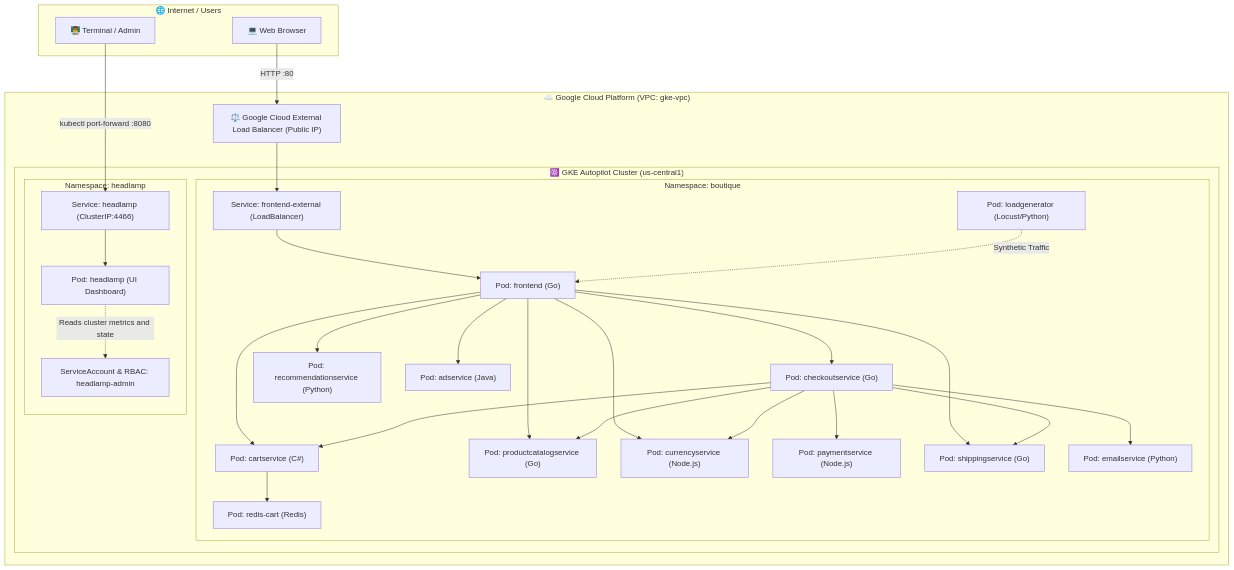
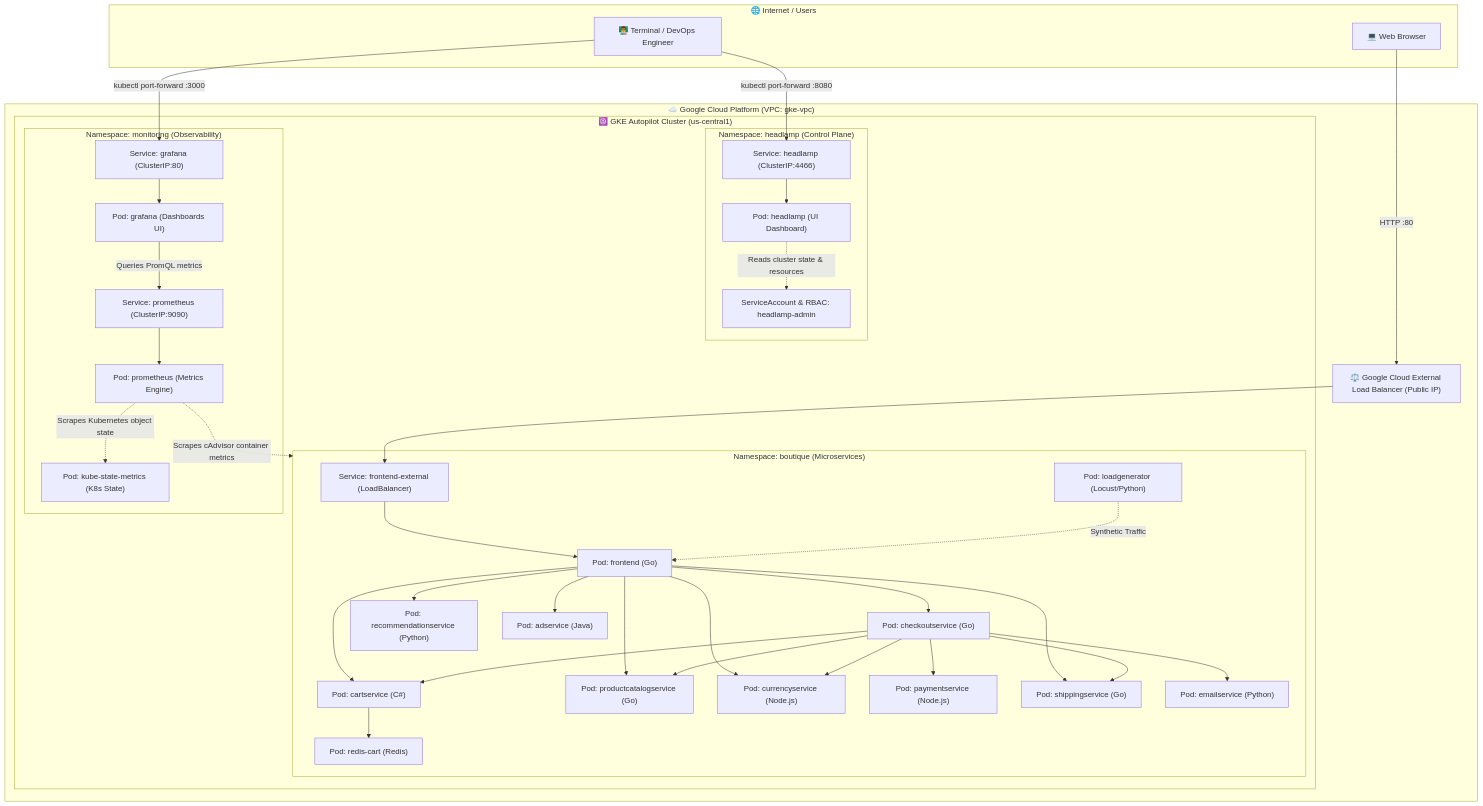
Before and after one commit to joanroamora/K8SLab1: the diagram in kubernetes/manifests/README.md, drawn with Mermaid. The commit also changed other lines of this file and 10 other files, not shown here.

Commit message:
feat(observability): add Prometheus, kube-state-metrics, Grafana with Boutique dashboards, and Terraform IaC automation

````diff
--- a/kubernetes/manifests/README.md
+++ b/kubernetes/manifests/README.md
@@ -13,50 +14,65 @@
 ```mermaid
 graph TD
     subgraph Internet ["🌐 Internet / Users"]
         User["💻 Web Browser"]
-        Instructor["👨‍🏫 Terminal / Admin"]
+        Instructor["👨‍🏫 Terminal / DevOps Engineer"]
     end
 
     subgraph GCP ["☁️ Google Cloud Platform (VPC: gke-vpc)"]
         GCP_LB["⚖️ Google Cloud External Load Balancer (Public IP)"]
         
         subgraph GKE ["☸️ GKE Autopilot Cluster (us-central1)"]
             
-            subgraph NS_Boutique ["Namespace: boutique"]
+            subgraph NS_Boutique ["Namespace: boutique (Microservices)"]
                 FE_SVC["Service: frontend-external (LoadBalancer)"]
                 FE["Pod: frontend (Go)"]
                 
                 CART["Pod: cartservice (C#)"]
                 REDIS["Pod: redis-cart (Redis)"]
                 CATALOG["Pod: productcatalogservice (Go)"]
                 CURRENCY["Pod: currencyservice (Node.js)"]
                 PAYMENT["Pod: paymentservice (Node.js)"]
                 SHIPPING["Pod: shippingservice (Go)"]
                 EMAIL["Pod: emailservice (Python)"]
                 CHECKOUT["Pod: checkoutservice (Go)"]
                 RECOM["Pod: recommendationservice (Python)"]
                 AD["Pod: adservice (Java)"]
                 LOADGEN["Pod: loadgenerator (Locust/Python)"]
             end
             
-            subgraph NS_Headlamp ["Namespace: headlamp"]
+            subgraph NS_Headlamp ["Namespace: headlamp (Control Plane)"]
                 HL_SVC["Service: headlamp (ClusterIP:4466)"]
                 HL["Pod: headlamp (UI Dashboard)"]
                 RBAC["ServiceAccount & RBAC: headlamp-admin"]
+            end
+
+            subgraph NS_Monitoring ["Namespace: monitoring (Observability)"]
+                PROM["Pod: prometheus (Metrics Engine)"]
+                PROM_SVC["Service: prometheus (ClusterIP:9090)"]
+                KSM["Pod: kube-state-metrics (K8s State)"]
+                GRAF["Pod: grafana (Dashboards UI)"]
+                GRAF_SVC["Service: grafana (ClusterIP:80)"]
             end
         end
     end
 
     User -->|HTTP :80| GCP_LB
     GCP_LB --> FE_SVC
     FE_SVC --> FE
     
     FE --> CART & CATALOG & CURRENCY & SHIPPING & CHECKOUT & RECOM & AD
     CART --> REDIS
     CHECKOUT --> PAYMENT & SHIPPING & EMAIL & CART & CATALOG & CURRENCY
     LOADGEN -.->|Synthetic Traffic| FE
     
     Instructor -->|kubectl port-forward :8080| HL_SVC
     HL_SVC --> HL
-    HL -.->|Reads cluster metrics and state| RBAC
+    HL -.->|Reads cluster state & resources| RBAC
+
+    Instructor -->|kubectl port-forward :3000| GRAF_SVC
+    GRAF_SVC --> GRAF
+    GRAF -->|Queries PromQL metrics| PROM_SVC
+    PROM_SVC --> PROM
+    PROM -.->|Scrapes cAdvisor container metrics| NS_Boutique
+    PROM -.->|Scrapes Kubernetes object state| KSM
 ```
````
